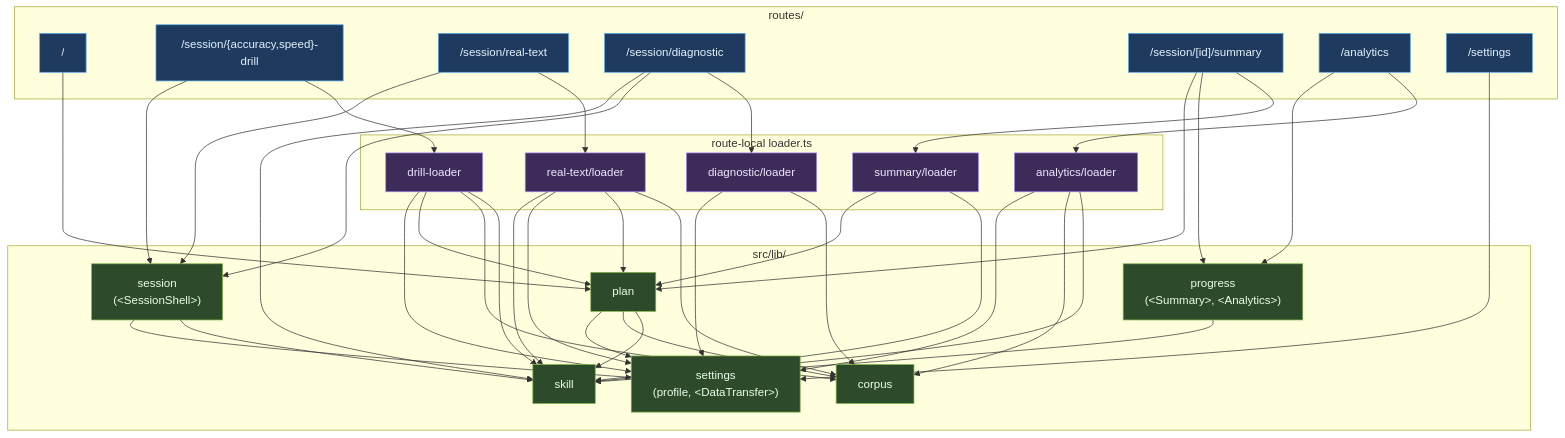
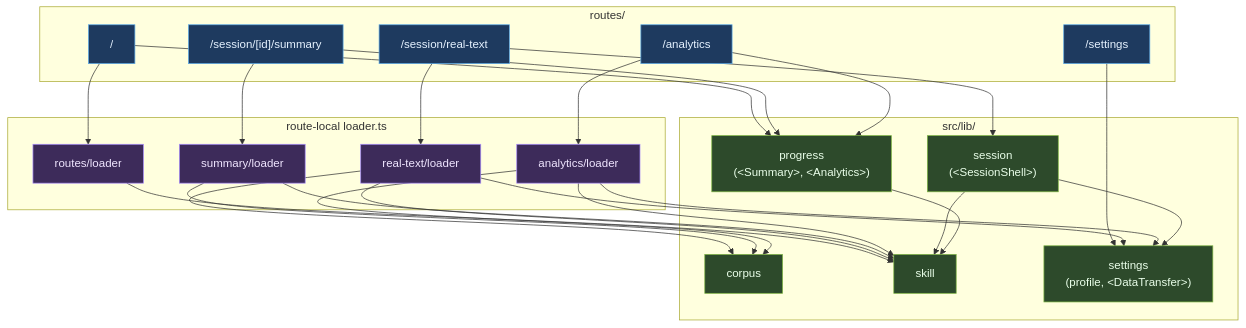
One commit to Alounv/typing-trainer changed the diagram in ARCHITECTURE.md. Above: the diagram before and after it, drawn with Mermaid. The commit also changed other lines of this file, not shown here.

First line of the commit message:
Redraw the architecture around what is left

````diff
--- a/ARCHITECTURE.md
+++ b/ARCHITECTURE.md
@@ -45,80 +44,61 @@
 ```mermaid
 flowchart TB
     subgraph Routes["routes/"]
         R_Dash["/"]
-        R_Drill["/session/{accuracy,speed}-drill"]
         R_Real["/session/real-text"]
-        R_Diag["/session/diagnostic"]
         R_Summ["/session/[id]/summary"]
         R_Ana["/analytics"]
         R_Set["/settings"]
     end
 
     subgraph Loaders["route-local loader.ts"]
-        L_Drill["drill-loader"]
+        L_Dash["routes/loader"]
         L_Real["real-text/loader"]
-        L_Diag["diagnostic/loader"]
         L_Summ["summary/loader"]
         L_Ana["analytics/loader"]
     end
 
     subgraph Domains["src/lib/"]
         D_Corpus["corpus"]
-        D_Plan["plan"]
         D_Skill["skill"]
         D_Session["session<br/>(&lt;SessionShell&gt;)"]
         D_Progress["progress<br/>(&lt;Summary&gt;, &lt;Analytics&gt;)"]
         D_Settings["settings<br/>(profile, &lt;DataTransfer&gt;)"]
     end
 
     %% Routes → loaders (orchestration) and components.
-    R_Dash --> D_Plan
-    R_Drill --> L_Drill
-    R_Drill --> D_Session
+    R_Dash --> L_Dash
+    R_Dash --> D_Progress
     R_Real --> L_Real
     R_Real --> D_Session
-    R_Diag --> L_Diag
-    R_Diag --> D_Session
-    R_Diag --> D_Skill
     R_Summ --> L_Summ
     R_Summ --> D_Progress
-    R_Summ --> D_Plan
     R_Ana --> L_Ana
     R_Ana --> D_Progress
     R_Set --> D_Settings
 
-    %% Loaders compose domains. Every loader that reads history also depends on
-    %% Skill, because stored rows have to be hydrated into measurements.
-    L_Drill --> D_Skill
+    %% Every loader that reads stored rows also depends on Skill, because
+    %% stored rows have to be hydrated into measurements.
+    L_Dash --> D_Skill
+    L_Real --> D_Skill
     L_Summ --> D_Skill
     L_Ana --> D_Skill
-    L_Drill --> D_Corpus
-    L_Drill --> D_Plan
-    L_Drill --> D_Settings
     L_Real --> D_Corpus
-    L_Real --> D_Plan
     L_Real --> D_Settings
-    L_Diag --> D_Corpus
-    L_Diag --> D_Settings
-    L_Summ --> D_Plan
+    L_Summ --> D_Corpus
     L_Ana --> D_Corpus
     L_Ana --> D_Settings
 
     %% Domain → domain edges (all point toward Skill or Corpus).
-    D_Plan --> D_Skill
-    D_Plan --> D_Corpus
-    D_Plan --> D_Settings
     D_Session --> D_Skill
     D_Session --> D_Settings
     D_Progress --> D_Skill
-    %% Real-text loader hydrates history to price the debt a passage repays.
-    L_Real --> D_Skill
 
     classDef route fill:#1e3a5f,stroke:#5aa9e6,color:#e6f2ff
     classDef loader fill:#3d2b5a,stroke:#a78bfa,color:#f0e6ff
     classDef domain fill:#2d4a2b,stroke:#7cb342,color:#eaffea
 
-    class R_Dash,R_Drill,R_Real,R_Diag,R_Summ,R_Ana,R_Set route
-    class L_Drill,L_Real,L_Diag,L_Summ,L_Ana loader
-    class D_Corpus,D_Plan,D_Session,D_Skill,D_Progress,D_Settings domain
+    class R_Dash,R_Real,R_Summ,R_Ana,R_Set route
+    class L_Dash,L_Real,L_Summ,L_Ana loader
+    class D_Corpus,D_Session,D_Skill,D_Progress,D_Settings domain
 ```
````
